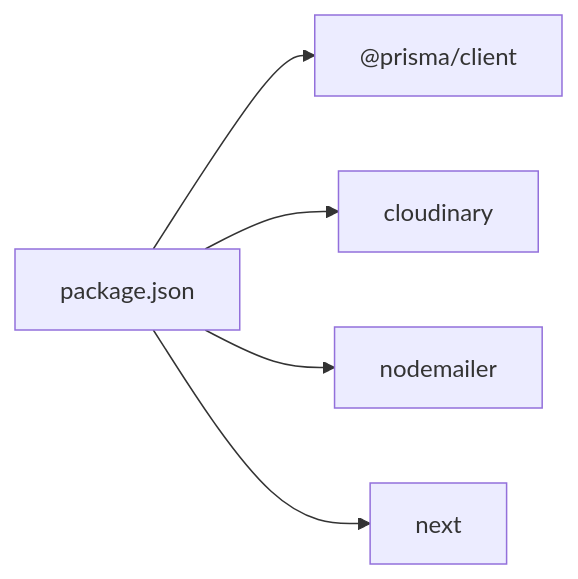
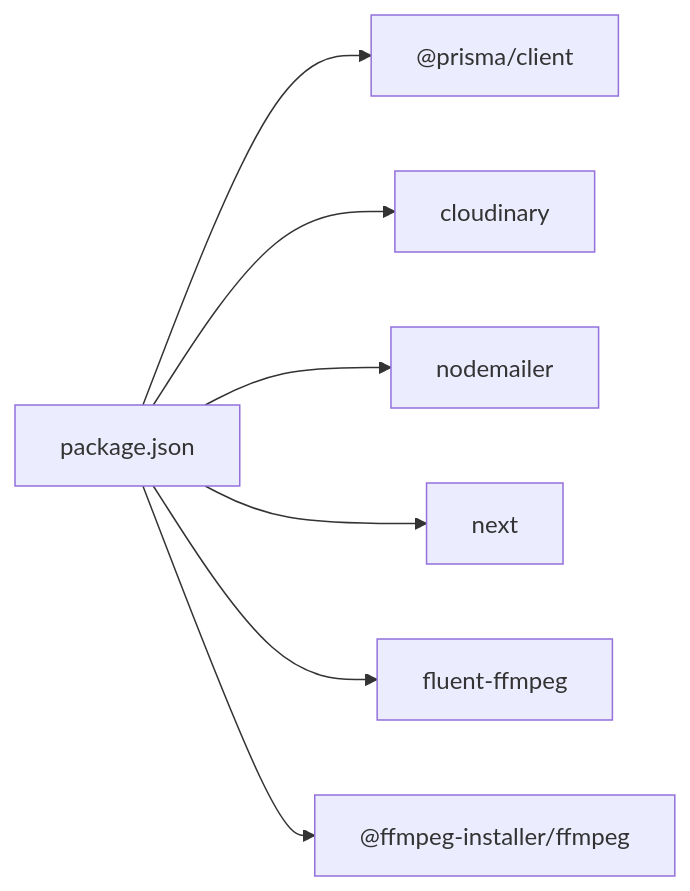
Before and after one commit to moindestiny/SonicStream: the tenth of 10 diagrams in .qoder/repowiki/en/content/Architecture Overview/Backend Architecture/Backend Architecture.md, drawn with Mermaid. The commit also changed other lines of this file and 12 other files, not shown here.

````diff
--- a/.qoder/repowiki/en/content/Architecture Overview/Backend Architecture/Backend Architecture.md
+++ b/.qoder/repowiki/en/content/Architecture Overview/Backend Architecture/Backend Architecture.md
@@ -442,12 +536,16 @@
 ```mermaid
 graph LR
 PKG["package.json"]
 PRISMA["@prisma/client"]
 CLOUD["cloudinary"]
 NODEMAIL["nodemailer"]
 NEXT["next"]
+FFMPEG["fluent-ffmpeg"]
+FFMPEG_INSTALL["@ffmpeg-installer/ffmpeg"]
 PKG --> PRISMA
 PKG --> CLOUD
 PKG --> NODEMAIL
 PKG --> NEXT
+PKG --> FFMPEG
+PKG --> FFMPEG_INSTALL
 ```
````
